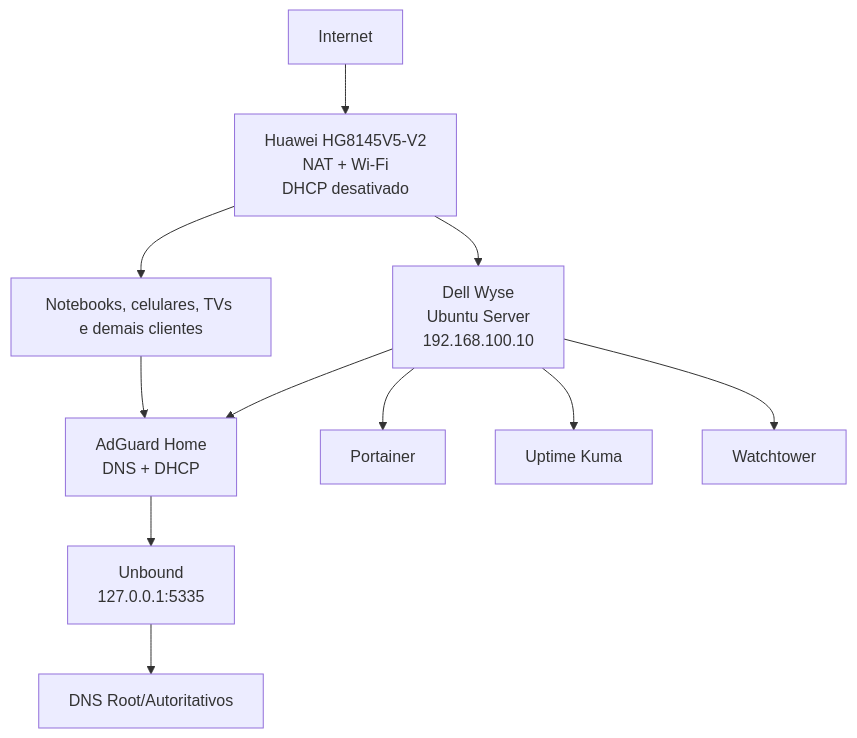
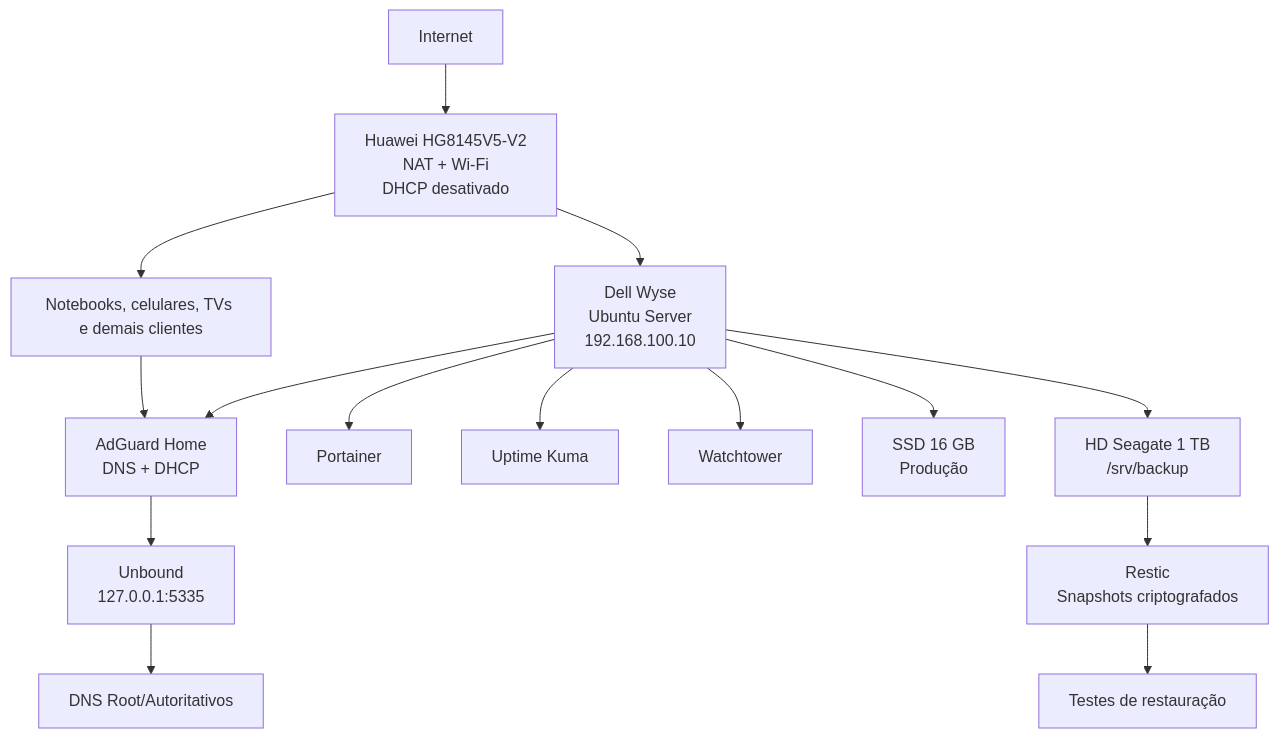
Before and after one commit to leonardodebs/homelab-infrastructure-server: the diagram in README.md, drawn with Mermaid. The commit also changed other lines of this file, not shown here.

Commit message:
docs: integra HD externo e stack Restic ao projeto

````diff
--- a/README.md
+++ b/README.md
@@ -45,13 +47,17 @@
 ```mermaid
 flowchart TD
     Internet --> Modem[Huawei HG8145V5-V2\nNAT + Wi-Fi\nDHCP desativado]
     Modem --> Wyse[Dell Wyse\nUbuntu Server\n192.168.100.10]
     Wyse --> AGH[AdGuard Home\nDNS + DHCP]
     AGH --> Unbound[Unbound\n127.0.0.1:5335]
-    Unbound --> Root[DNS Root/Autoritativos]
+    Unbound --> RootDNS[DNS Root/Autoritativos]
     Wyse --> Portainer
     Wyse --> Kuma[Uptime Kuma]
     Wyse --> Watchtower
+    Wyse --> SSD[SSD 16 GB\nProdução]
+    Wyse --> USB[HD Seagate 1 TB\n/srv/backup]
+    USB --> Restic[Restic\nSnapshots criptografados]
+    Restic --> Restore[Testes de restauração]
     Modem --> Clientes[Notebooks, celulares, TVs e demais clientes]
     Clientes --> AGH
 ```
````
